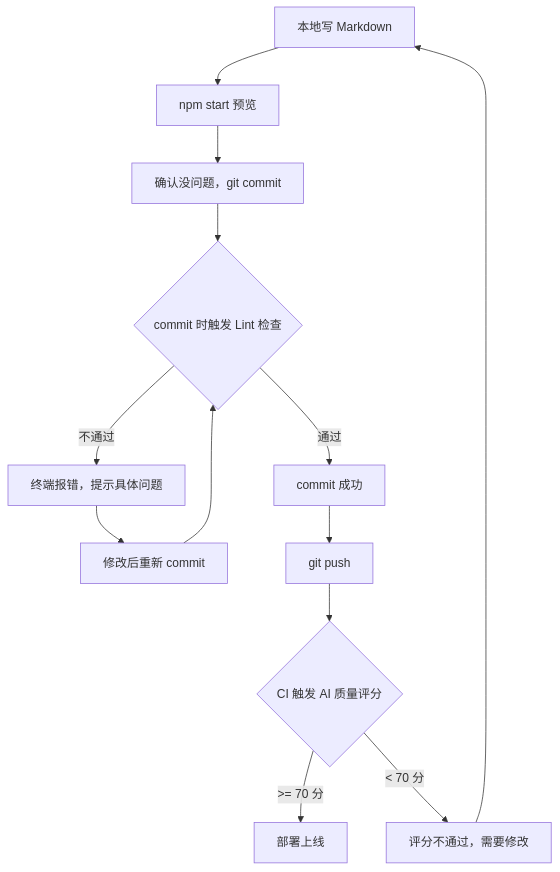
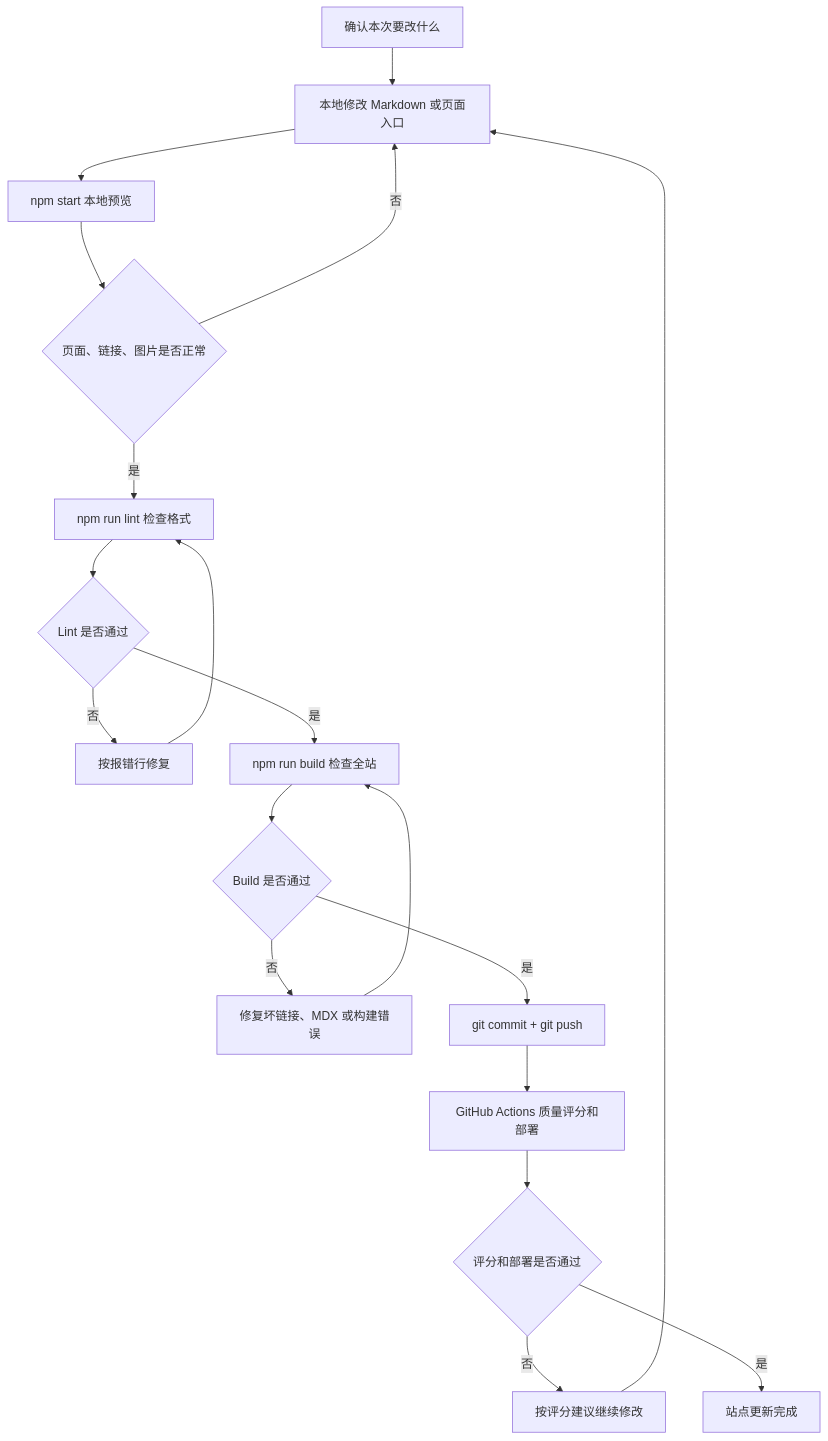
The diagram in blog/2026-07-14-update-workflow.md (yjhiahiahia/my-docs-site), drawn with Mermaid before and after one commit. The commit also changed other lines of this file and 14 other files, not shown here.

````diff
--- a/blog/2026-07-14-update-workflow.md
+++ b/blog/2026-07-14-update-workflow.md
@@ -14,15 +26,21 @@
 ```mermaid
-graph TD
-    A[本地写 Markdown] --> B[npm start 预览]
-    B --> C[确认没问题，git commit]
-    C --> D{commit 时触发 Lint 检查}
-    D -->|通过| E[commit 成功]
-    D -->|不通过| F[终端报错，提示具体问题]
-    F --> G[修改后重新 commit]
-    G --> D
-    E --> H[git push]
-    H --> I{CI 触发 AI 质量评分}
-    I -->|>= 70 分| J[部署上线]
-    I -->|< 70 分| K[评分不通过，需要修改]
-    K --> A
+flowchart TD
+    A["确认本次要改什么"] --> B["本地修改 Markdown 或页面入口"]
+    B --> C["npm start 本地预览"]
+    C --> D{"页面、链接、图片是否正常"}
+    D -->|否| B
+    D -->|是| E["npm run lint 检查格式"]
+    E --> F{"Lint 是否通过"}
+    F -->|否| G["按报错行修复"]
+    G --> E
+    F -->|是| H["npm run build 检查全站"]
+    H --> I{"Build 是否通过"}
+    I -->|否| J["修复坏链接、MDX 或构建错误"]
+    J --> H
+    I -->|是| K["git commit + git push"]
+    K --> L["GitHub Actions 质量评分和部署"]
+    L --> M{"评分和部署是否通过"}
+    M -->|否| N["按评分建议继续修改"]
+    N --> B
+    M -->|是| O["站点更新完成"]
 ```
````
